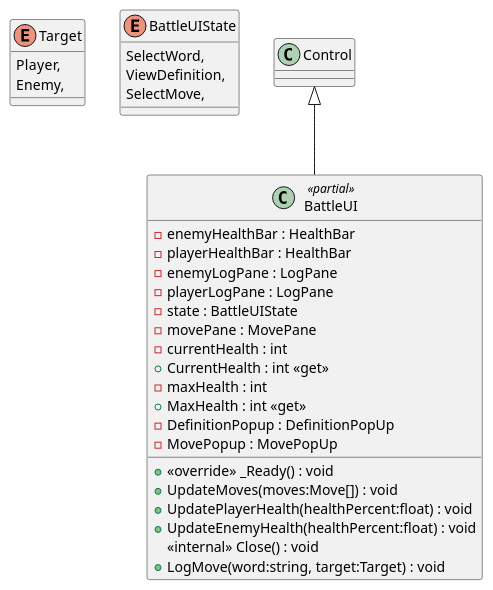
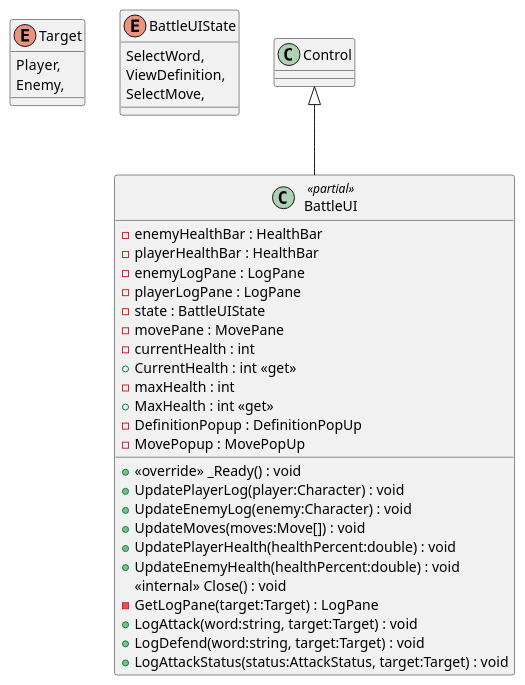
Before and after one commit to Leximon-SWE-2025/Leximon: the diagram in PlantUML/scenes/BattleUI.puml, drawn with PlantUML. The commit also changed 13 other files, not shown here.

Commit message:
update UML

```diff
--- a/PlantUML/scenes/BattleUI.puml
+++ b/PlantUML/scenes/BattleUI.puml
@@ -1,32 +1,37 @@
 @startuml
 enum Target {
     Player,
     Enemy,
 }
 enum BattleUIState {
     SelectWord,
     ViewDefinition,
     SelectMove,
 }
 class BattleUI <<partial>> {
     - enemyHealthBar : HealthBar
     - playerHealthBar : HealthBar
     - enemyLogPane : LogPane
     - playerLogPane : LogPane
     - state : BattleUIState
     - movePane : MovePane
     - currentHealth : int
     + CurrentHealth : int <<get>>
     - maxHealth : int
     + MaxHealth : int <<get>>
     - DefinitionPopup : DefinitionPopUp
     - MovePopup : MovePopUp
     + <<override>> _Ready() : void
+    + UpdatePlayerLog(player:Character) : void
+    + UpdateEnemyLog(enemy:Character) : void
     + UpdateMoves(moves:Move[]) : void
-    + UpdatePlayerHealth(healthPercent:float) : void
-    + UpdateEnemyHealth(healthPercent:float) : void
+    + UpdatePlayerHealth(healthPercent:double) : void
+    + UpdateEnemyHealth(healthPercent:double) : void
     <<internal>> Close() : void
-    + LogMove(word:string, target:Target) : void
+    - GetLogPane(target:Target) : LogPane
+    + LogAttack(word:string, target:Target) : void
+    + LogDefend(word:string, target:Target) : void
+    + LogAttackStatus(status:AttackStatus, target:Target) : void
 }
 Control <|-- BattleUI
 @enduml
```
